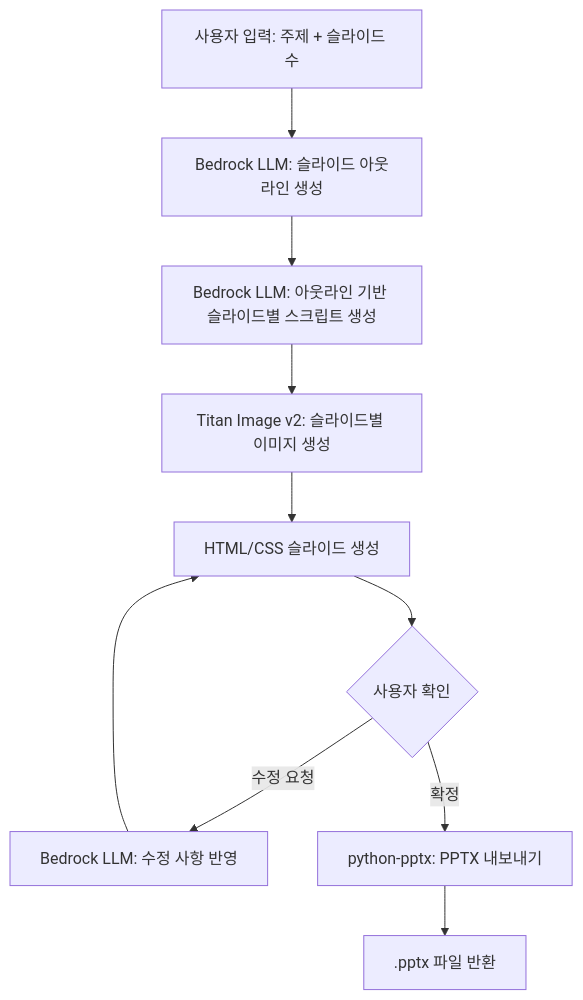
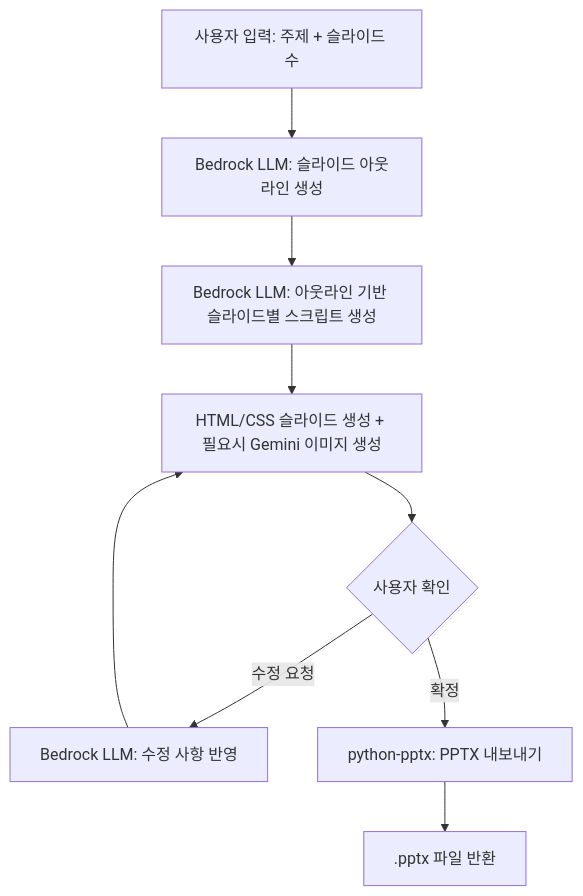
One commit to haandol/ppt-generator changed the second of 3 diagrams in docs/ppt-generator.alps.md. Above: the diagram before and after it, drawn with Mermaid. The commit also changed other lines of this file and 31 other files, not shown here.

Commit message:
refactor: 통합된 이미지 생성 및 HTML 슬라이드 생성 로직 개선

````diff
--- a/docs/ppt-generator.alps.md
+++ b/docs/ppt-generator.alps.md
@@ -118,12 +117,11 @@
 ```mermaid
 flowchart TD
     A[사용자 입력: 주제 + 슬라이드 수] --> B[Bedrock LLM: 슬라이드 아웃라인 생성]
     B --> B1[Bedrock LLM: 아웃라인 기반 슬라이드별 스크립트 생성]
-    B1 --> D[Titan Image v2: 슬라이드별 이미지 생성]
-    D --> E[HTML/CSS 슬라이드 생성]
+    B1 --> E[HTML/CSS 슬라이드 생성 + 필요시 Gemini 이미지 생성]
     E --> F{사용자 확인}
     F -- "수정 요청" --> G[Bedrock LLM: 수정 사항 반영]
     G --> E
     F -- "확정" --> H[python-pptx: PPTX 내보내기]
     H --> I[.pptx 파일 반환]
 ```
````
